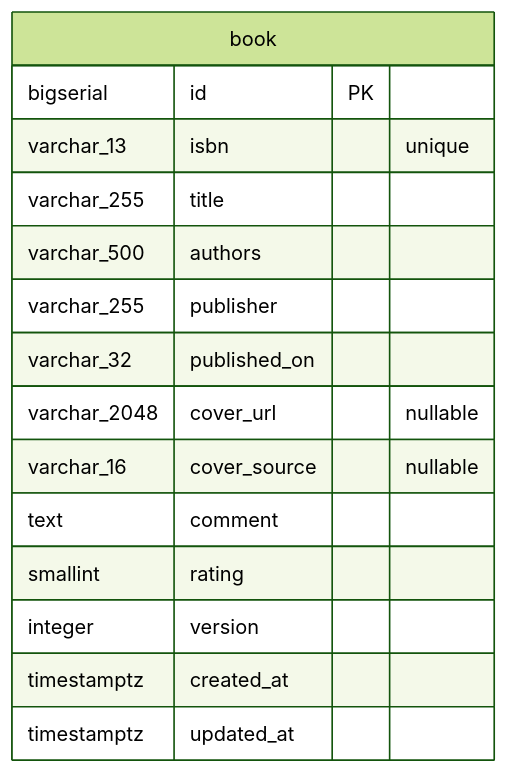
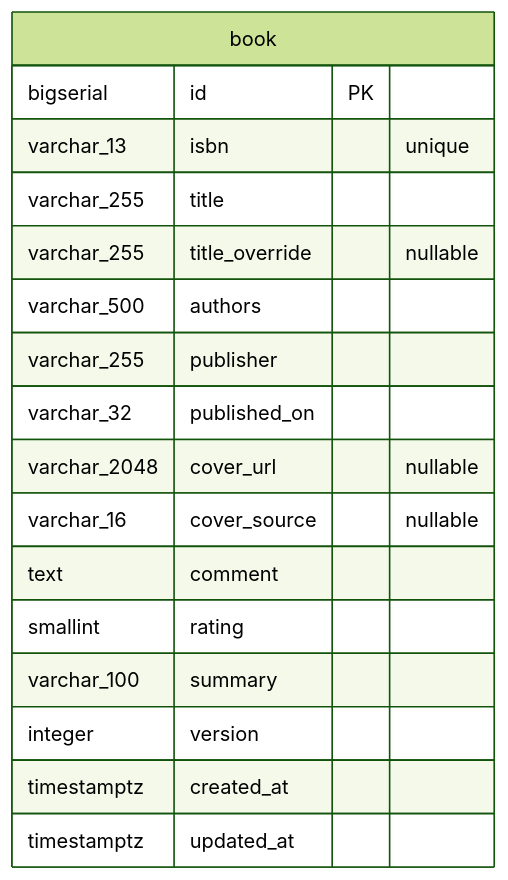
One commit to mrstsgk/book-management-system changed the diagram in docs/db/backend-schema.md. Above: the diagram before and after it, drawn with Mermaid (forest theme). The commit also changed 3 other files, not shown here.

````diff
--- a/docs/db/backend-schema.md
+++ b/docs/db/backend-schema.md
@@ -7,18 +7,20 @@
 ```mermaid
 erDiagram
     book {
         bigserial id PK
         varchar_13 isbn "unique"
         varchar_255 title
+        varchar_255 title_override "nullable"
         varchar_500 authors
         varchar_255 publisher
         varchar_32 published_on
         varchar_2048 cover_url "nullable"
         varchar_16 cover_source "nullable"
         text comment
         smallint rating
+        varchar_100 summary
         integer version
         timestamptz created_at
         timestamptz updated_at
     }
 ```
````
